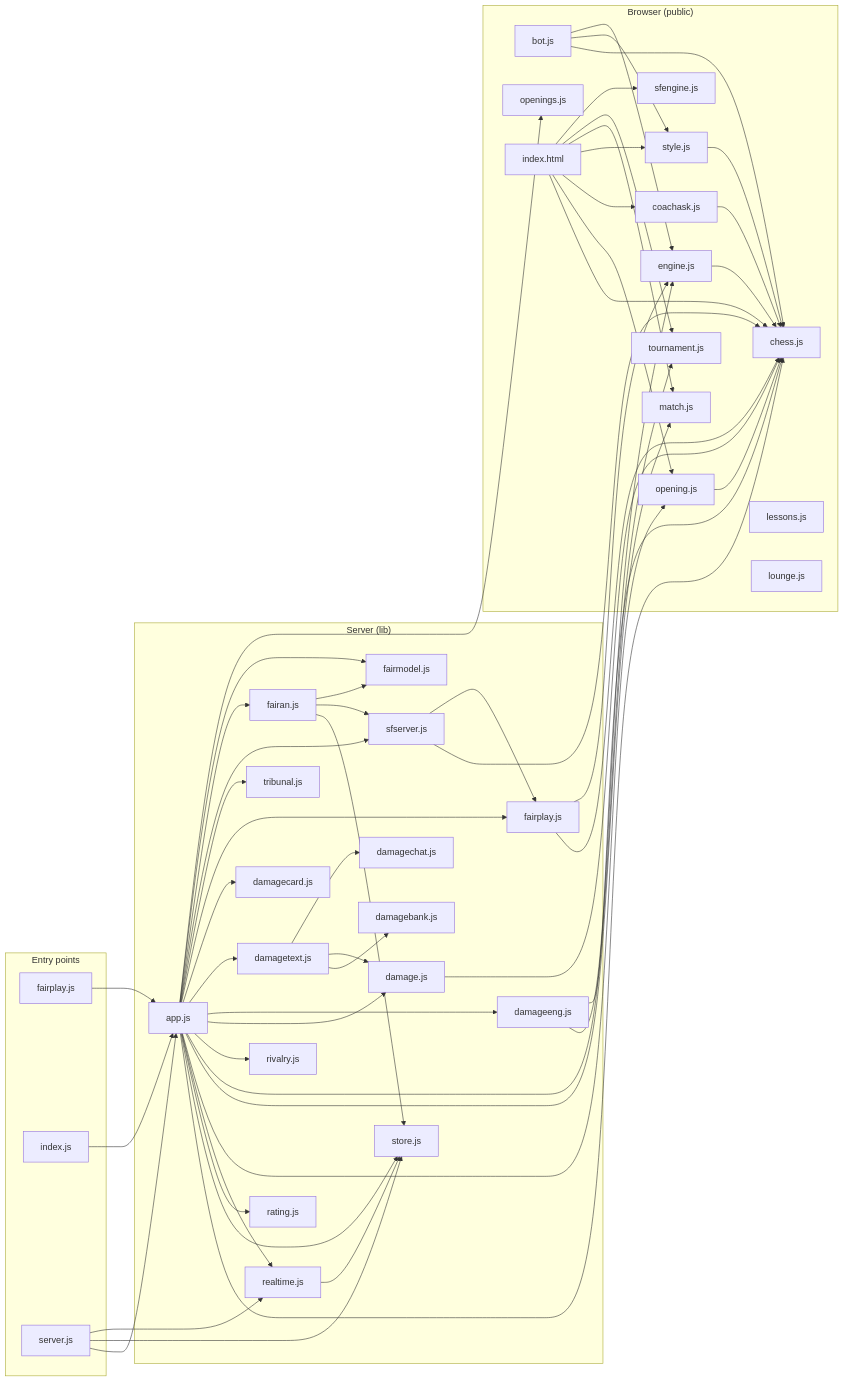
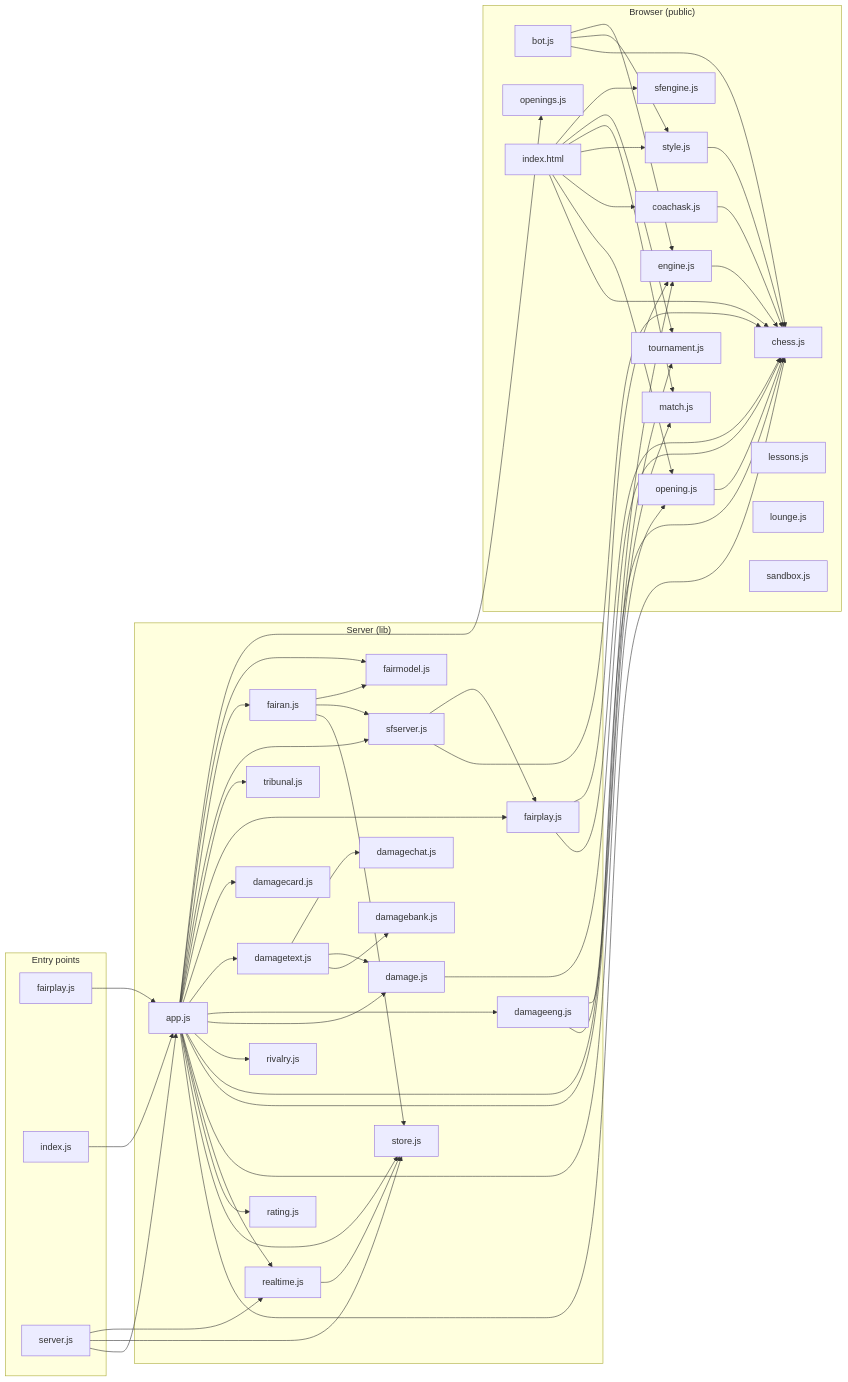
One commit to Vihaancoding/chess-with-friends changed the diagram in docs/code-map.md. Above: the diagram before and after it, drawn with Mermaid. The commit also changed other lines of this file and 8 other files, not shown here.

```diff
--- a/docs/code-map.md
+++ b/docs/code-map.md
@@ -37,6 +37,7 @@
     public_match_js["match.js"]
     public_opening_js["opening.js"]
     public_openings_js["openings.js"]
+    public_sandbox_js["sandbox.js"]
     public_sfengine_js["sfengine.js"]
     public_style_js["style.js"]
     public_tournament_js["tournament.js"]
```
